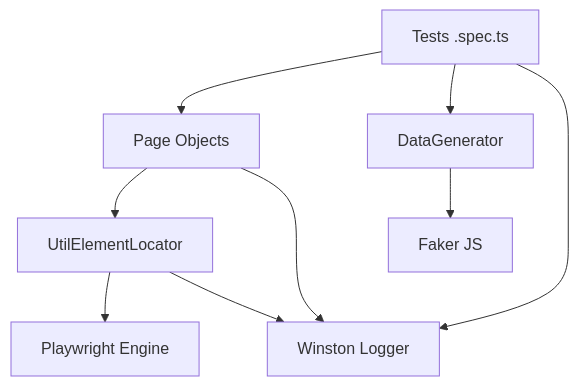
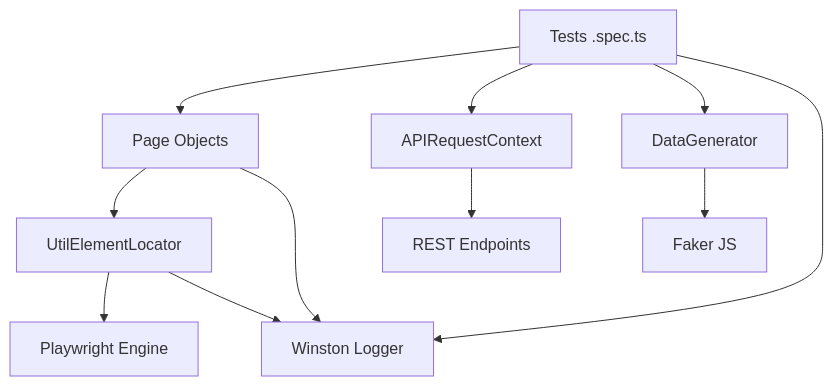
Before and after one commit to SathishQASelenium/AdvancePlaywrightFramework1x: the first of 3 diagrams in README.md, drawn with Mermaid. The commit also changed other lines of this file and 6 other files, not shown here.

````diff
--- a/README.md
+++ b/README.md
@@ -129,13 +372,16 @@
 ```mermaid
 graph TD
     T[Tests .spec.ts] --> POM[Page Objects]
     POM --> UEL[UtilElementLocator]
     UEL --> PW[Playwright Engine]
-    
+
+    T --> API[APIRequestContext]
+    API --> REST[REST Endpoints]
+
     T --> DG[DataGenerator]
     DG --> F[Faker JS]
-    
+
     T --> L[Winston Logger]
     POM --> L
     UEL --> L
 ```
````
